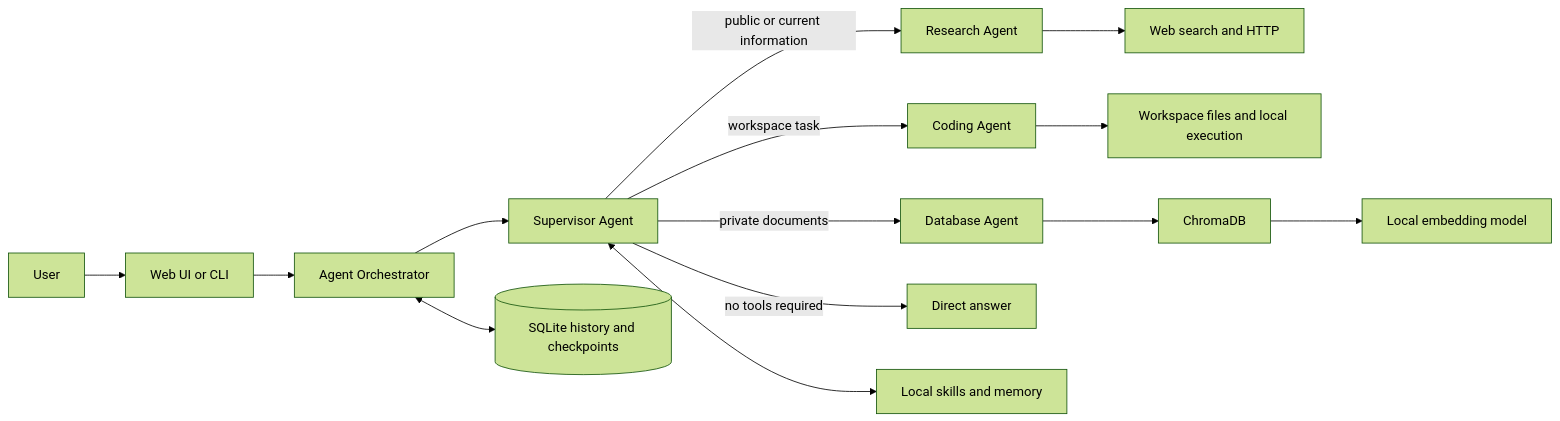
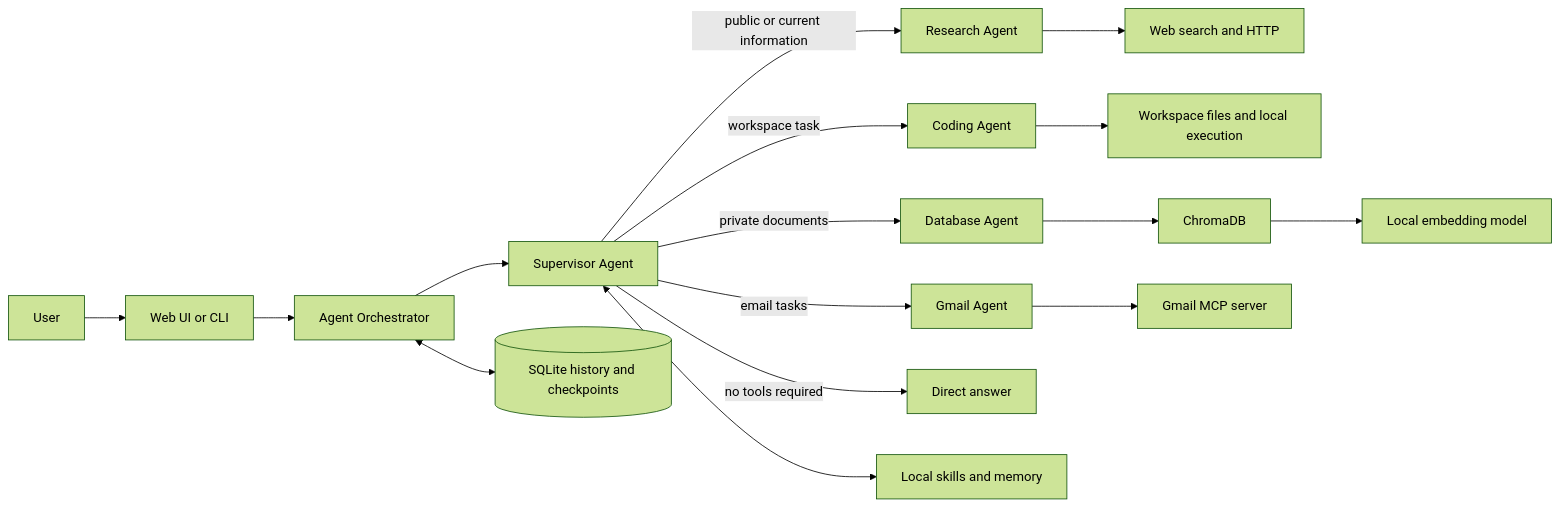
Before and after one commit to Matela7/platon: the first of 2 diagrams in README.md, drawn with Mermaid (forest theme). The commit also changed other lines of this file and 14 other files, not shown here.

First line of the commit message:
feat(gmail): add approval-gated Gmail MCP specialist

````diff
--- a/README.md
+++ b/README.md
@@ -36,16 +37,18 @@
 ```mermaid
 flowchart LR
     U[User] --> UI[Web UI or CLI]
     UI --> O[Agent Orchestrator]
     O --> S[Supervisor Agent]
     S -->|public or current information| R[Research Agent]
     S -->|workspace task| C[Coding Agent]
     S -->|private documents| D[Database Agent]
+    S -->|email tasks| G[Gmail Agent]
     S -->|no tools required| A[Direct answer]
     R --> W[Web search and HTTP]
     C --> F[Workspace files and local execution]
     D --> V[ChromaDB]
+    G --> X[Gmail MCP server]
     V --> E[Local embedding model]
     O <--> P[(SQLite history and checkpoints)]
     S <--> M[Local skills and memory]
 ```
````
